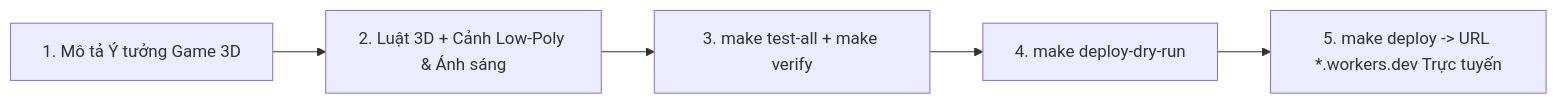
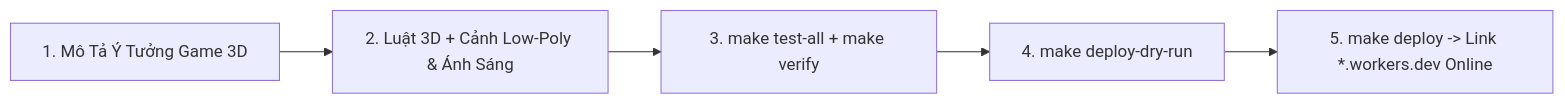
The diagram in courses/day-09-building-a-3d-game/README.vi.md (vuhung16au/gemini-games), drawn with Mermaid before and after one commit. The commit also changed other lines of this file and 29 other files, not shown here.

````diff
--- a/courses/day-09-building-a-3d-game/README.vi.md
+++ b/courses/day-09-building-a-3d-game/README.vi.md
@@ -12,7 +12,7 @@
 ```mermaid
 flowchart LR
-  Idea["1. Mô tả Ý tưởng Game 3D"] --> Sim["2. Luật 3D + Cảnh Low-Poly & Ánh sáng"]
+  Idea["1. Mô Tả Ý Tưởng Game 3D"] --> Sim["2. Luật 3D + Cảnh Low-Poly & Ánh Sáng"]
   Sim --> Verify["3. make test-all + make verify"]
   Verify --> DryRun["4. make deploy-dry-run"]
-  DryRun --> Deploy["5. make deploy -> URL *.workers.dev Trực tuyến"]
+  DryRun --> Deploy["5. make deploy -> Link *.workers.dev Online"]
 ```
````
